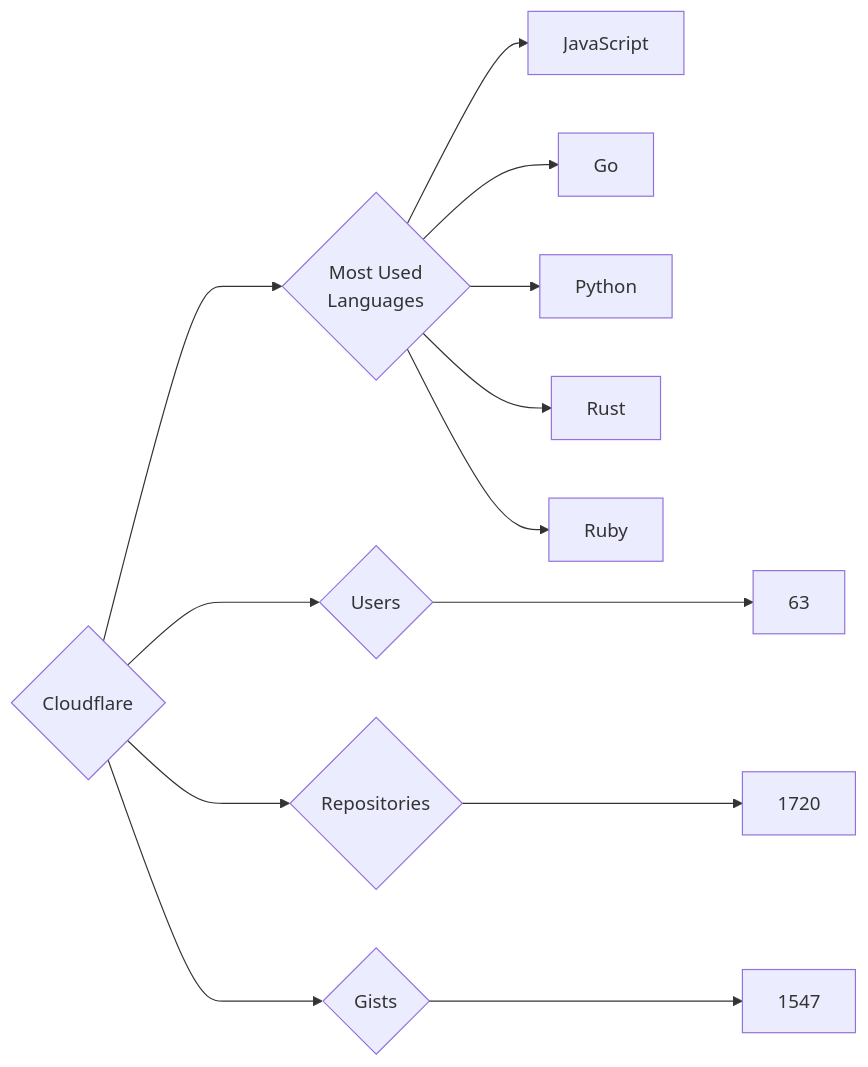
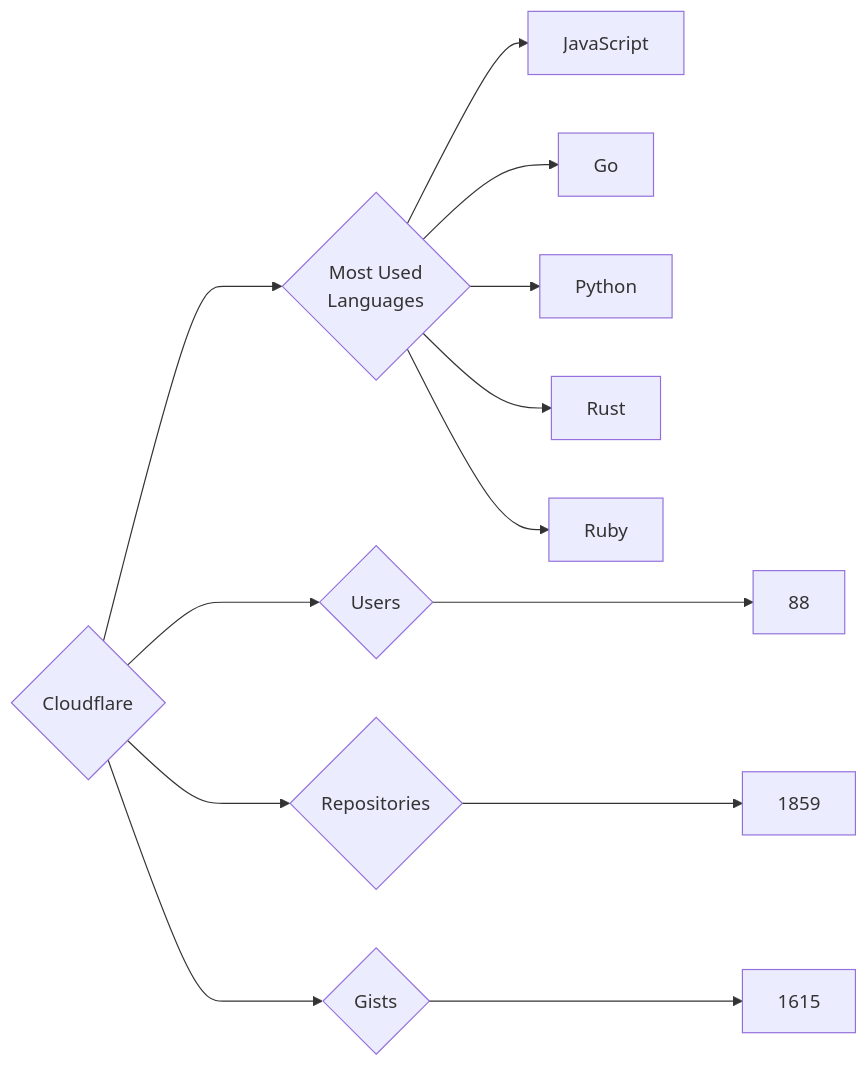
One commit to trickest/insiders changed the diagram in targets/Cloudflare/README.md. Above: the diagram before and after it, drawn with Mermaid. The commit also changed 951 other files, not shown here.

````diff
--- a/targets/Cloudflare/README.md
+++ b/targets/Cloudflare/README.md
@@ -3,13 +3,13 @@
 ```mermaid
 graph LR
 COMPANY_NAME{Cloudflare}
-COMPANY_NAME ---> U{Users} ---> UN[63]
-COMPANY_NAME ---> R{Repositories} ---> RN[1720]
-COMPANY_NAME ---> G{Gists} ---> GN[1547]
+COMPANY_NAME ---> U{Users} ---> UN[88]
+COMPANY_NAME ---> R{Repositories} ---> RN[1859]
+COMPANY_NAME ---> G{Gists} ---> GN[1615]
 COMPANY_NAME ---> ML{Most Used<br>Languages}
-ML --> JavaScript
-ML --> Go
-ML --> Python
-ML --> Rust
-ML --> Ruby
+ML --> JavaScript[JavaScript]
+ML --> Go[Go]
+ML --> Python[Python]
+ML --> Rust[Rust]
+ML --> Ruby[Ruby]
 ```
````
